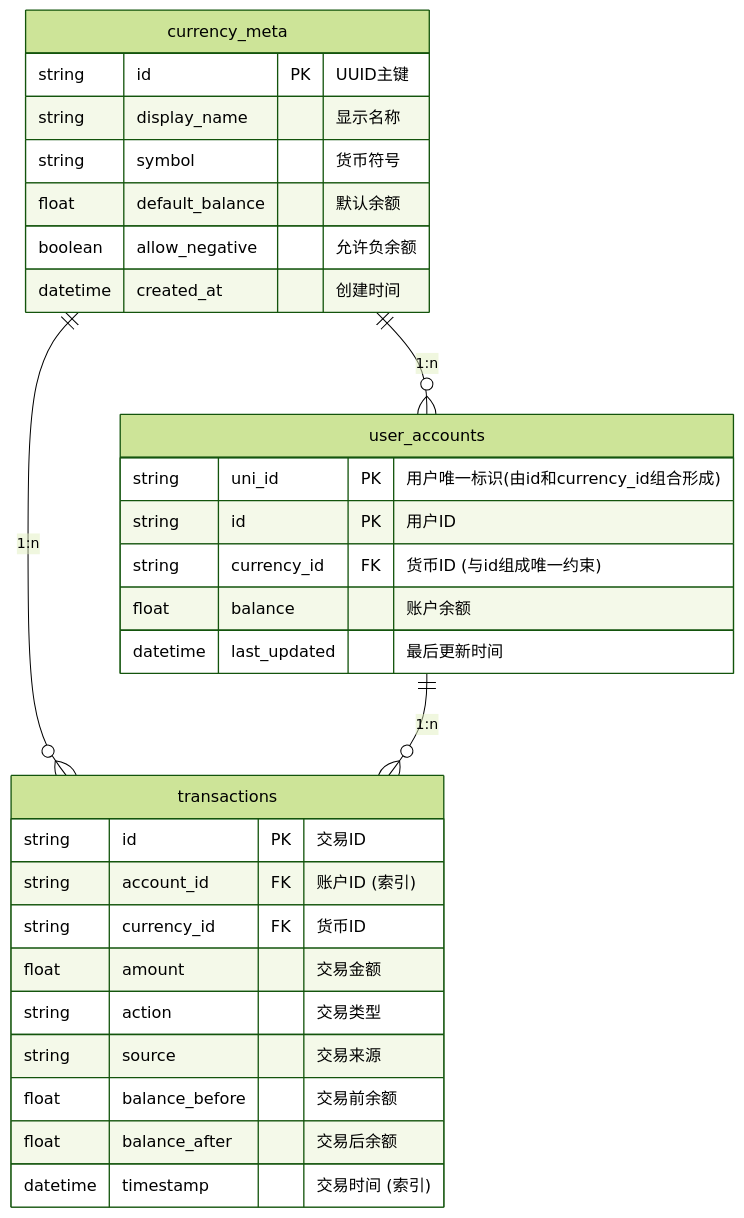
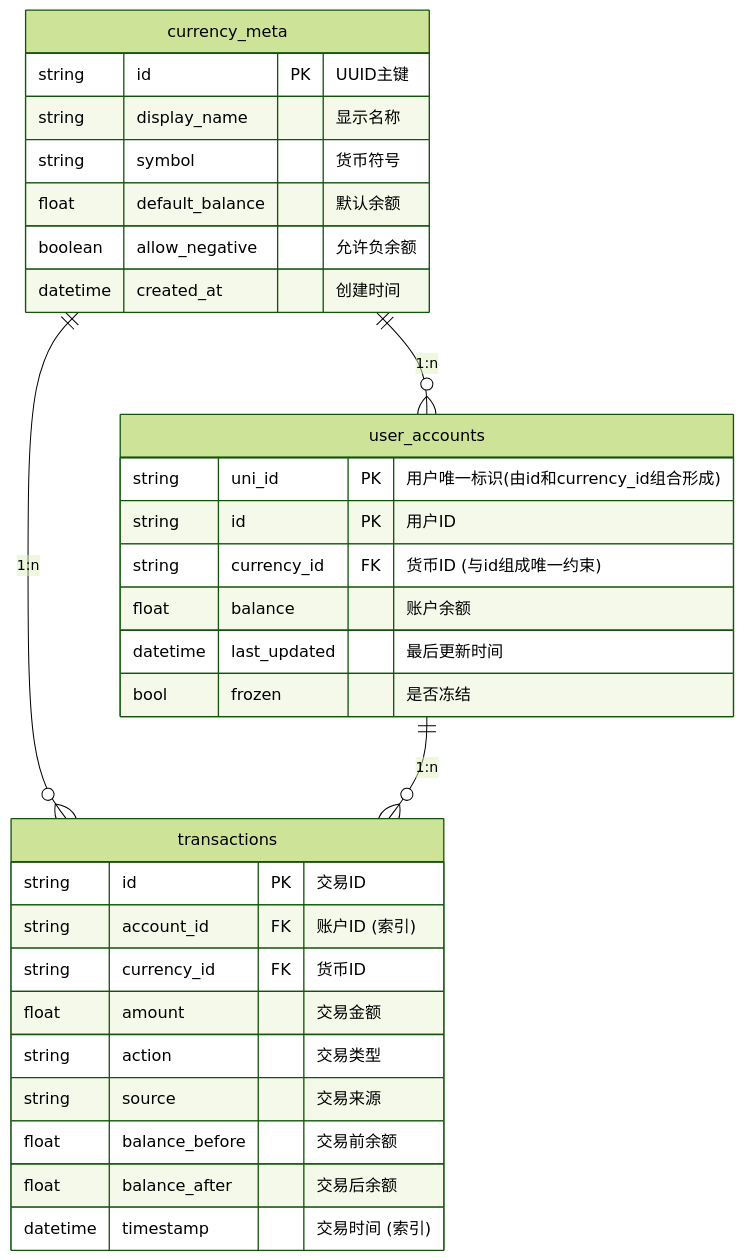
Before and after one commit to LiteSuggarDEV/nonebot_plugin_value: the diagram in docs/api.md, drawn with Mermaid (forest theme). The commit also changed other lines of this file and 38 other files, not shown here.

````diff
--- a/docs/api.md
+++ b/docs/api.md
@@ -5,35 +5,36 @@
 ```mermaid
 erDiagram
     currency_meta ||--o{ user_accounts : "1:n"
     currency_meta ||--o{ transactions : "1:n"
     user_accounts ||--o{ transactions : "1:n"
 
     currency_meta {
         string id PK "UUID主键"
         string display_name "显示名称"
         string symbol "货币符号"
         float default_balance "默认余额"
         boolean allow_negative "允许负余额"
         datetime created_at "创建时间"
     }
 
     user_accounts {
         string uni_id PK "用户唯一标识(由id和currency_id组合形成)"
         string id PK "用户ID"
         string currency_id FK "货币ID (与id组成唯一约束)"
         float balance "账户余额"
         datetime last_updated "最后更新时间"
+        bool frozen "是否冻结"
     }
 
     transactions {
         string id PK "交易ID"
         string account_id FK "账户ID (索引)"
         string currency_id FK "货币ID"
         float amount "交易金额"
         string action "交易类型"
         string source "交易来源"
         float balance_before "交易前余额"
         float balance_after "交易后余额"
         datetime timestamp "交易时间 (索引)"
     }
 ```
````
